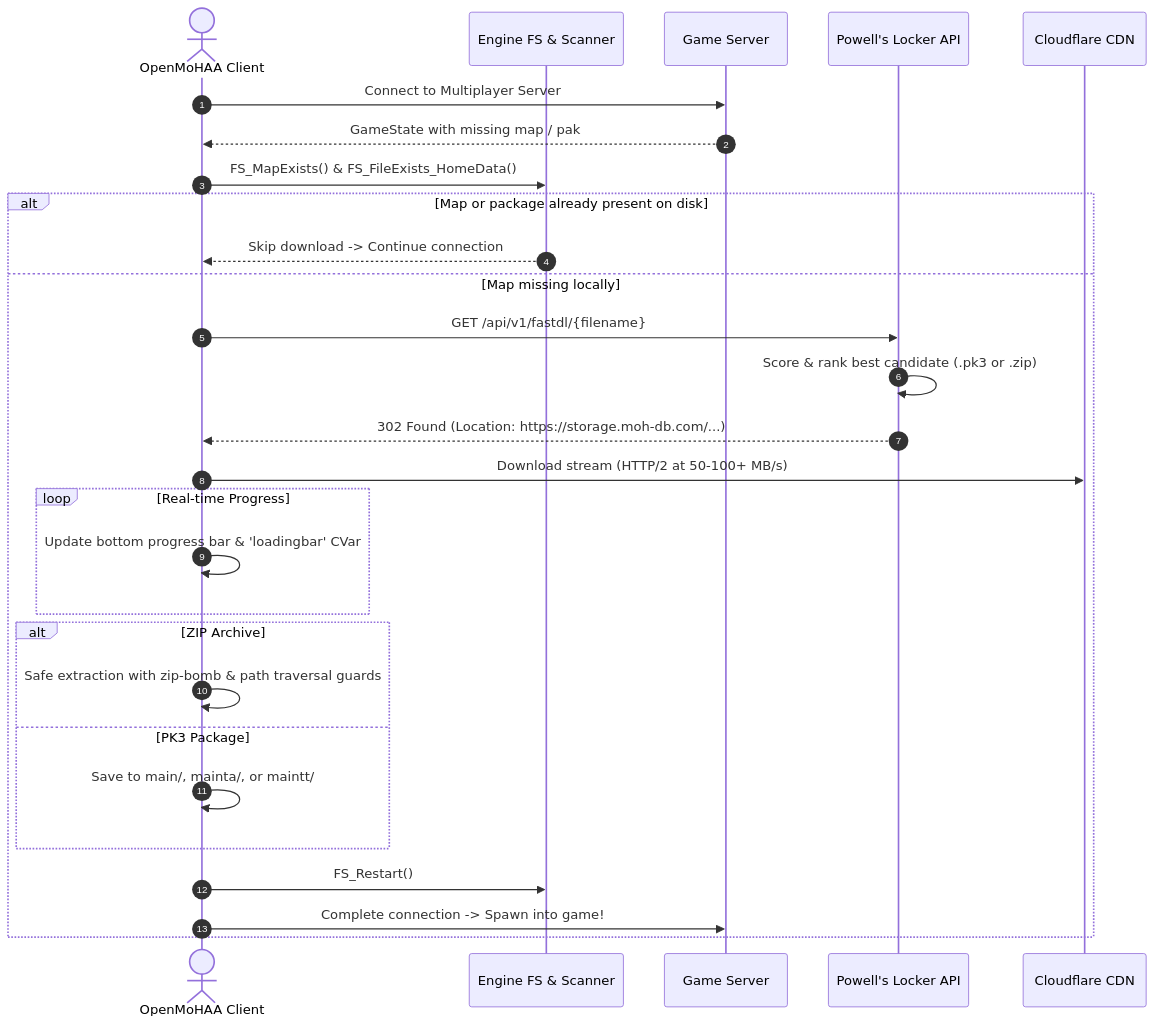
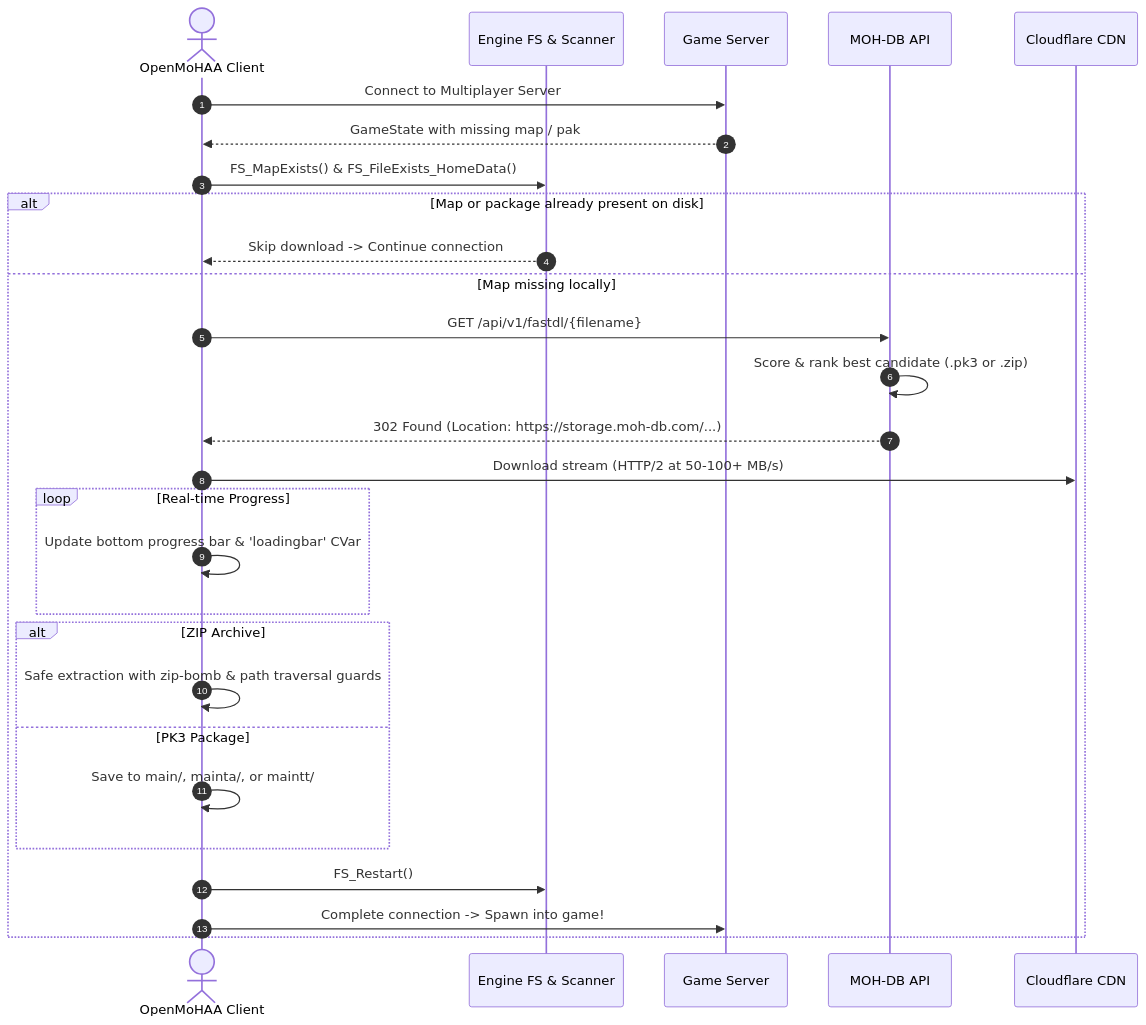
The diagram in FORK_FEATURES.md (Appelpitje/openmohaa), drawn with Mermaid before and after one commit. The commit also changed other lines of this file and 3 other files, not shown here.

````diff
--- a/FORK_FEATURES.md
+++ b/FORK_FEATURES.md
@@ -87,35 +87,35 @@
 ```mermaid
 sequenceDiagram
     autonumber
     actor Player as OpenMoHAA Client
     participant Engine as Engine FS & Scanner
     participant Server as Game Server
-    participant API as Powell's Locker API
+    participant API as MOH-DB API
     participant CDN as Cloudflare CDN
 
     Player->>Server: Connect to Multiplayer Server
     Server-->>Player: GameState with missing map / pak
     
     Player->>Engine: FS_MapExists() & FS_FileExists_HomeData()
     alt Map or package already present on disk
         Engine-->>Player: Skip download -> Continue connection
     else Map missing locally
         Player->>API: GET /api/v1/fastdl/{filename}
         API->>API: Score & rank best candidate (.pk3 or .zip)
         API-->>Player: 302 Found (Location: https://storage.moh-db.com/...)
         Player->>CDN: Download stream (HTTP/2 at 50-100+ MB/s)
         
         loop Real-time Progress
             Player->>Player: Update bottom progress bar & 'loadingbar' CVar
         end
 
         alt ZIP Archive
             Player->>Player: Safe extraction with zip-bomb & path traversal guards
         else PK3 Package
             Player->>Player: Save to main/, mainta/, or maintt/
         end
 
         Player->>Engine: FS_Restart()
         Player->>Server: Complete connection -> Spawn into game!
     end
 ```
````
